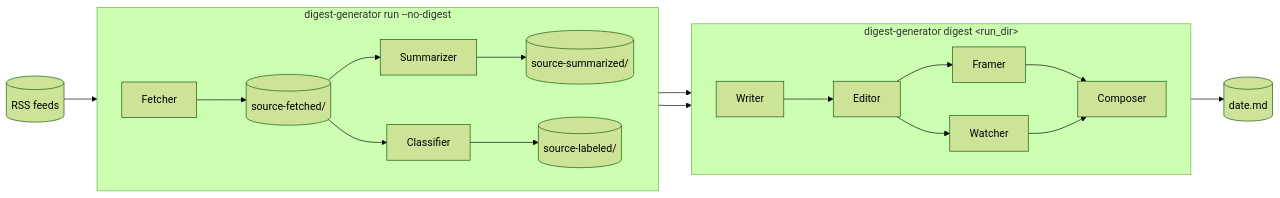
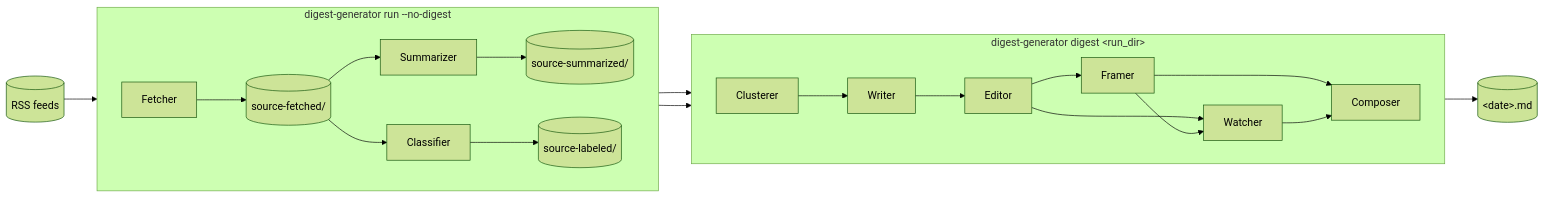
Before and after one commit to laplacef/digest-generator: the diagram in docs/usage.md, drawn with Mermaid (forest theme). The commit also changed other lines of this file and 39 other files, not shown here.

````diff
--- a/docs/usage.md
+++ b/docs/usage.md
@@ -7,29 +7,31 @@
 ```mermaid
 flowchart LR
     Feeds[("RSS feeds")]
 
     subgraph S["digest-generator run --no-digest"]
         direction LR
         Fetch[Fetcher] --> Fetched[("source-fetched/")]
         Fetched --> Sum[Summarizer]
         Fetched --> Cls[Classifier]
         Sum --> Summed[("source-summarized/")]
         Cls --> Lbl[("source-labeled/")]
     end
 
     subgraph D["digest-generator digest &lt;run_dir&gt;"]
         direction LR
-        W[Writer] --> Ed[Editor]
+        Cl[Clusterer] --> W[Writer]
+        W --> Ed[Editor]
         Ed --> Fr[Framer]
         Ed --> Wa[Watcher]
+        Fr --> Wa
         Fr --> Co[Composer]
         Wa --> Co
     end
 
-    MD[("date.md")]
+    MD[("&lt;date&gt;.md")]
 
     Feeds --> Fetch
-    Summed --> W
-    Lbl --> W
+    Summed --> Cl
+    Lbl --> Cl
     Co --> MD
 ```
````
